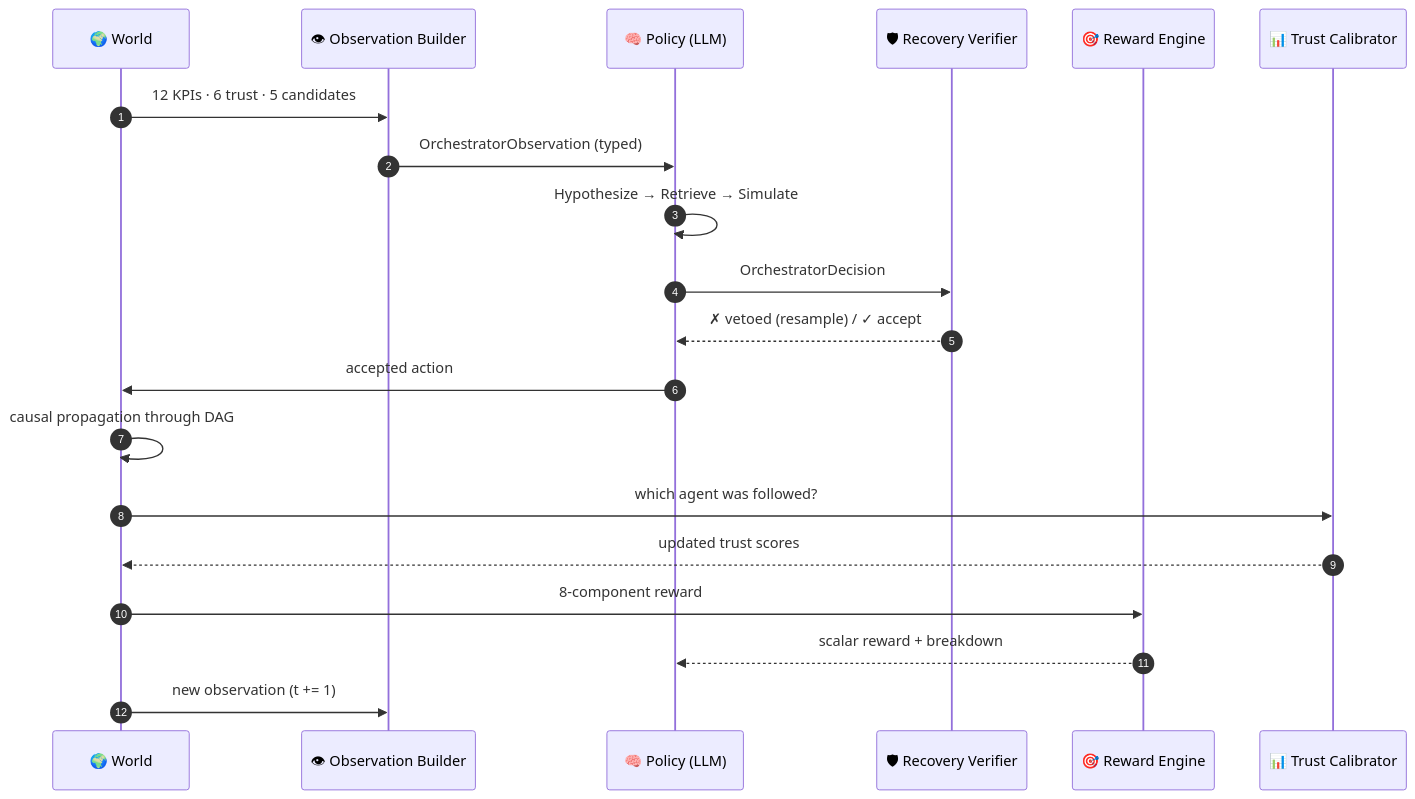
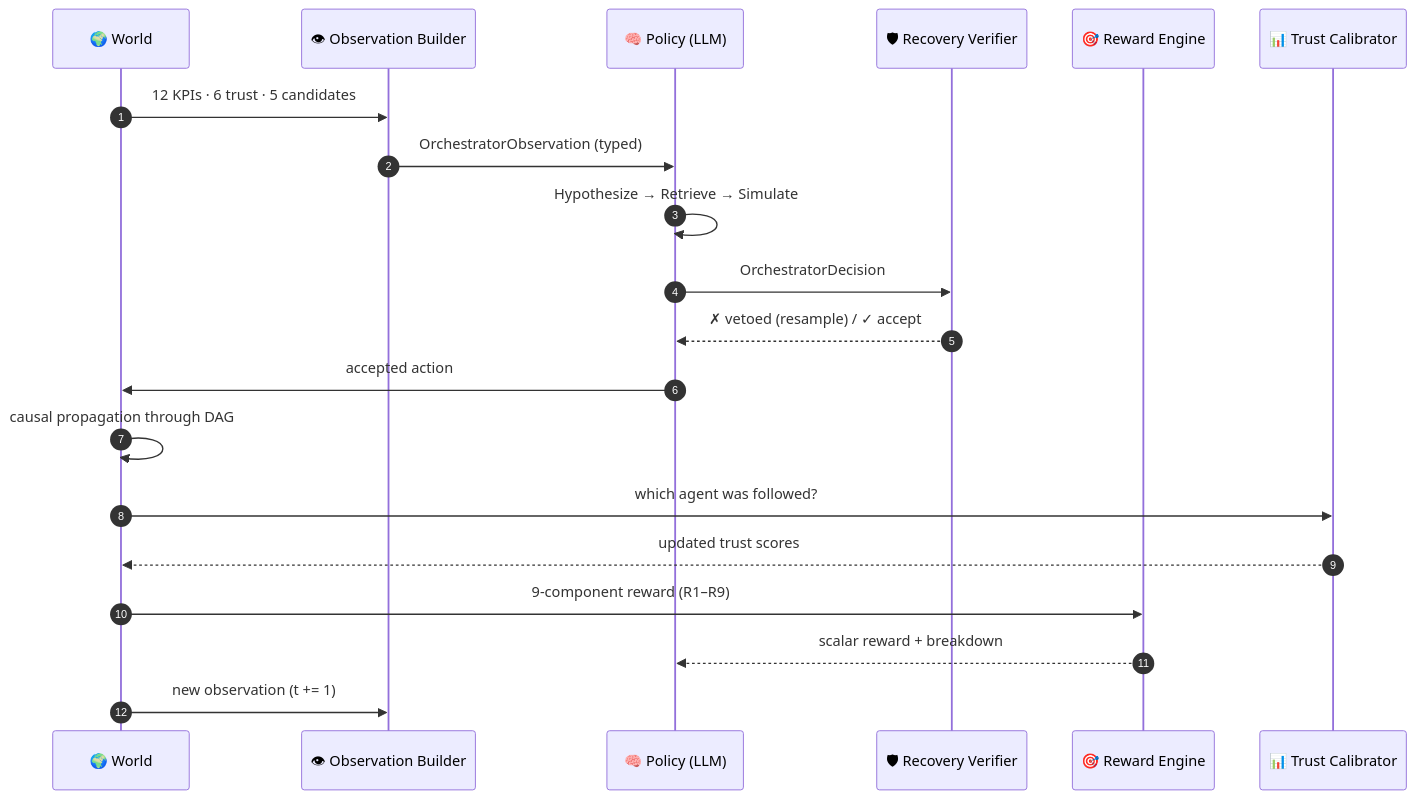
The second of 6 diagrams in README.md (COolAlien35/AIC), drawn with Mermaid before and after one commit. The commit also changed other lines of this file, not shown here.

First line of the commit message:
docs: explain reward logic and anti-hacking defenses

````diff
--- a/README.md
+++ b/README.md
@@ -184,23 +184,23 @@
 ```mermaid
 sequenceDiagram
   autonumber
   participant Env as 🌍 World
   participant Obs as 👁 Observation Builder
   participant Pol as 🧠 Policy (LLM)
   participant Rcv as 🛡 Recovery Verifier
   participant Rwd as 🎯 Reward Engine
   participant Trust as 📊 Trust Calibrator
 
   Env->>Obs: 12 KPIs · 6 trust · 5 candidates
   Obs->>Pol: OrchestratorObservation (typed)
   Pol->>Pol: Hypothesize → Retrieve → Simulate
   Pol->>Rcv: OrchestratorDecision
   Rcv-->>Pol: ✗ vetoed (resample) / ✓ accept
   Pol->>Env: accepted action
   Env->>Env: causal propagation through DAG
   Env->>Trust: which agent was followed?
   Trust-->>Env: updated trust scores
-  Env->>Rwd: 8-component reward
+  Env->>Rwd: 9-component reward (R1–R9)
   Rwd-->>Pol: scalar reward + breakdown
   Env->>Obs: new observation (t += 1)
 ```
````
